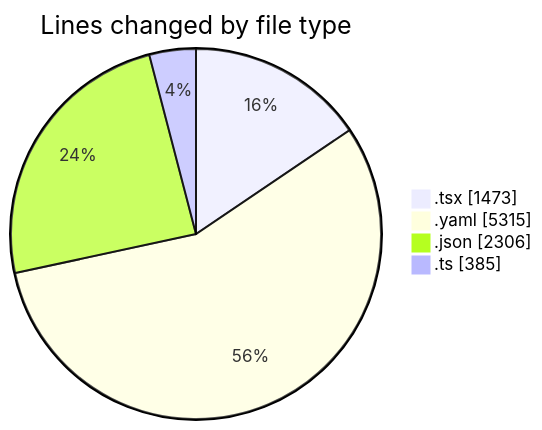
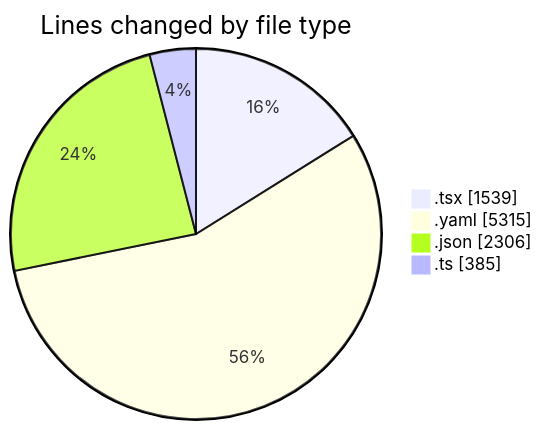
The first of 2 diagrams in 2025-11-07/eventscop-frontend-guide__workspace_/README.md (julien-gomy/code-tracking), drawn with Mermaid before and after one commit. The commit also changed other lines of this file and 1 other file, not shown here.

````diff
--- a/2025-11-07/eventscop-frontend-guide__workspace_/README.md
+++ b/2025-11-07/eventscop-frontend-guide__workspace_/README.md
@@ -41,8 +42,8 @@
 ```mermaid
 pie showData
 title Lines changed by file type
-".tsx" : 1473
+".tsx" : 1539
 ".yaml" : 5315
 ".json" : 2306
 ".ts" : 385
 ```
````
